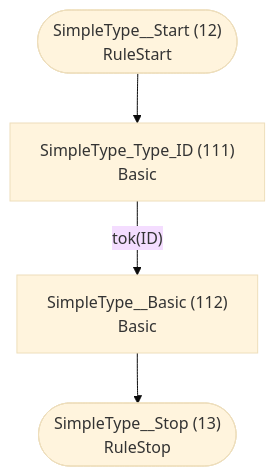
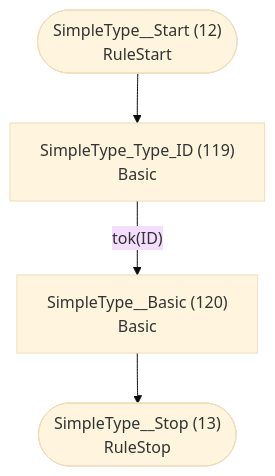
One commit to TypeFox/fastbelt changed the seventh of 29 diagrams in internal/grammar/atn.md. Above: the diagram before and after it, drawn with Mermaid (base theme). The commit also changed other lines of this file and 41 other files, not shown here.

````diff
--- a/internal/grammar/atn.md
+++ b/internal/grammar/atn.md
@@ -195,11 +200,11 @@
 ```mermaid
 flowchart TD
     q12(["SimpleType__Start (12)<br/>RuleStart"])
     q13(["SimpleType__Stop (13)<br/>RuleStop"])
-    q111["SimpleType_Type_ID (111)<br/>Basic<br/>"]
-    q112["SimpleType__Basic (112)<br/>Basic<br/>"]
+    q119["SimpleType_Type_ID (119)<br/>Basic<br/>"]
+    q120["SimpleType__Basic (120)<br/>Basic<br/>"]
 
-    q12 --> q111
-    q111 -->|"tok(ID)"| q112
-    q112 --> q13
+    q12 --> q119
+    q119 -->|"tok(ID)"| q120
+    q120 --> q13
 ```
````
